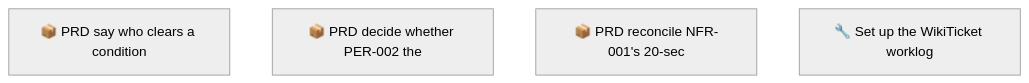
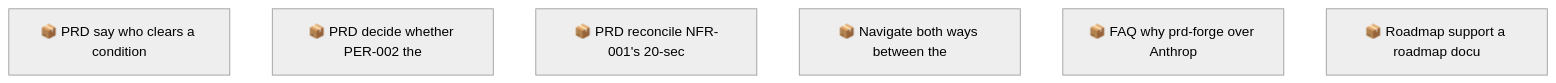
One commit to SpillwaveSolutions/prd-forge changed the second of 2 diagrams in docs/roadmap.md. Above: the diagram before and after it, drawn with Mermaid (neutral theme). The commit also changed other lines of this file and 1 other file, not shown here.

First line of the commit message:
worklog: add issues #22, #23, and #24 to the log

````diff
--- a/docs/roadmap.md
+++ b/docs/roadmap.md
@@ -54,7 +64,9 @@
 ```mermaid
 graph TD
     01M67NBJMD36KW0QP1S9D4SMAD["📦 PRD say who clears a condition"]
     01M67NBJQEWFPJ4YZADKC6ZXP7["📦 PRD decide whether PER-002 the"]
     01M67NBJTJAPJSEETE5YS6SVMT["📦 PRD reconcile NFR-001's 20-sec"]
-    01M67NBRHEFXC1XVRWCMWAA8V4["🔧 Set up the WikiTicket worklog"]
+    01M67NKWD871BPKRKQEH9G9FX7["📦 Navigate both ways between the"]
+    01M67NKWK65A7E7T3HN3CQVZ4C["📦 FAQ why prd-forge over Anthrop"]
+    01M67NKWT0E0CGYGZYJ8SV6ERN["📦 Roadmap support a roadmap docu"]
 ```
````
